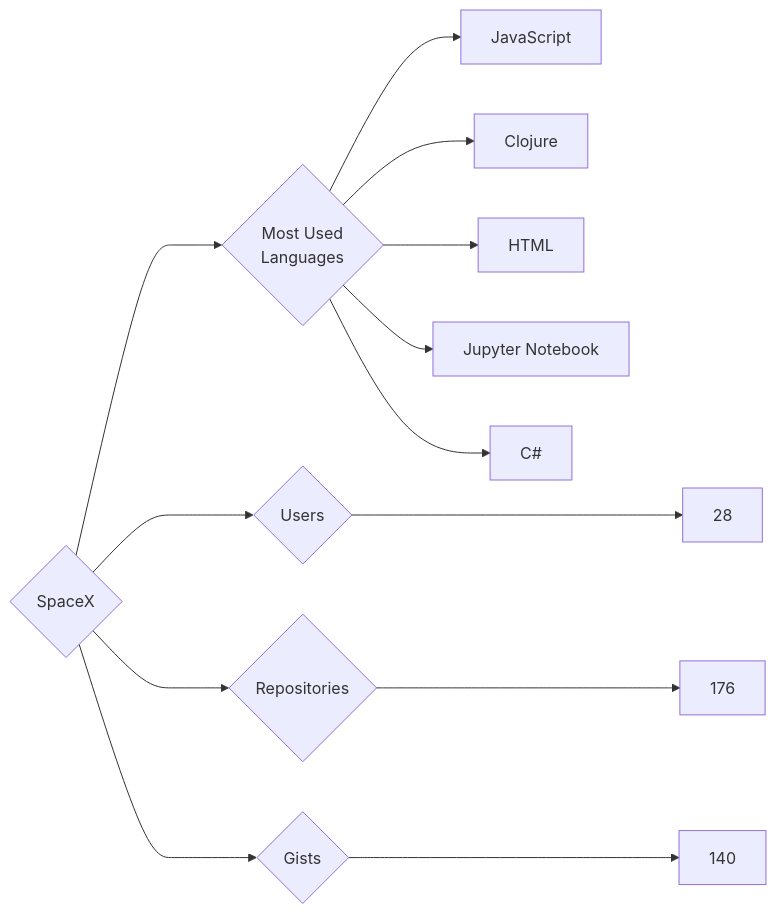
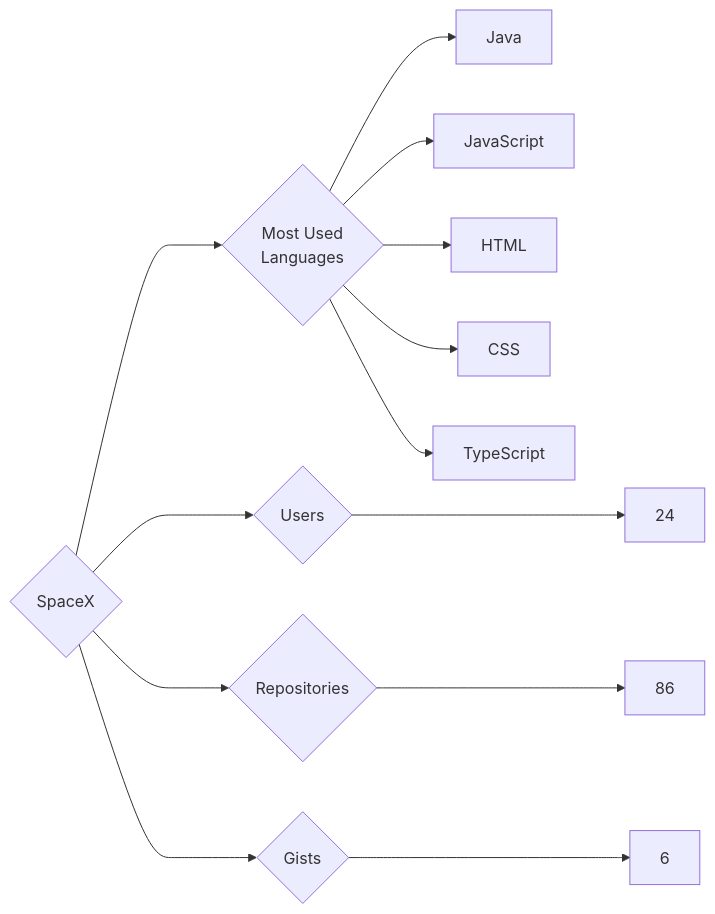
Before and after one commit to trickest/insiders: the diagram in targets/SpaceX/README.md, drawn with Mermaid. The commit also changed 995 other files, not shown here.

````diff
--- a/targets/SpaceX/README.md
+++ b/targets/SpaceX/README.md
@@ -3,13 +3,13 @@
 ```mermaid
 graph LR
 COMPANY_NAME{SpaceX}
-COMPANY_NAME ---> U{Users} ---> UN[28]
-COMPANY_NAME ---> R{Repositories} ---> RN[176]
-COMPANY_NAME ---> G{Gists} ---> GN[140]
+COMPANY_NAME ---> U{Users} ---> UN[24]
+COMPANY_NAME ---> R{Repositories} ---> RN[86]
+COMPANY_NAME ---> G{Gists} ---> GN[6]
 COMPANY_NAME ---> ML{Most Used<br>Languages}
+ML --> Java[Java]
 ML --> JavaScript[JavaScript]
-ML --> Clojure[Clojure]
 ML --> HTML[HTML]
-ML --> Jupyter_Notebook[Jupyter Notebook]
-ML --> C#[C#]
+ML --> CSS[CSS]
+ML --> TypeScript[TypeScript]
 ```
````
